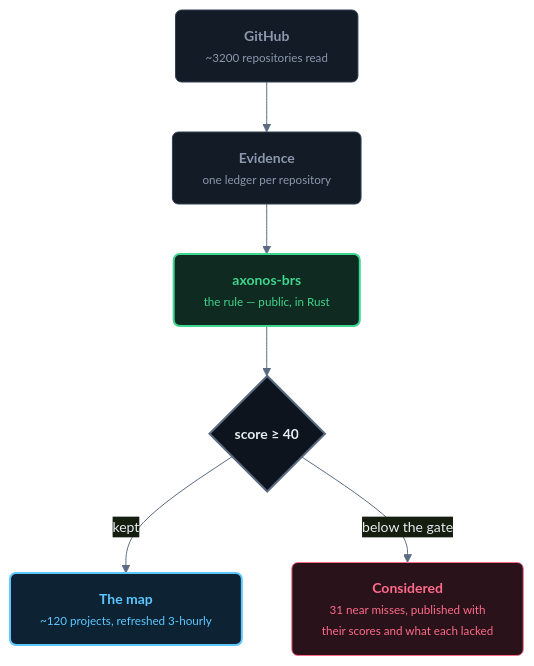
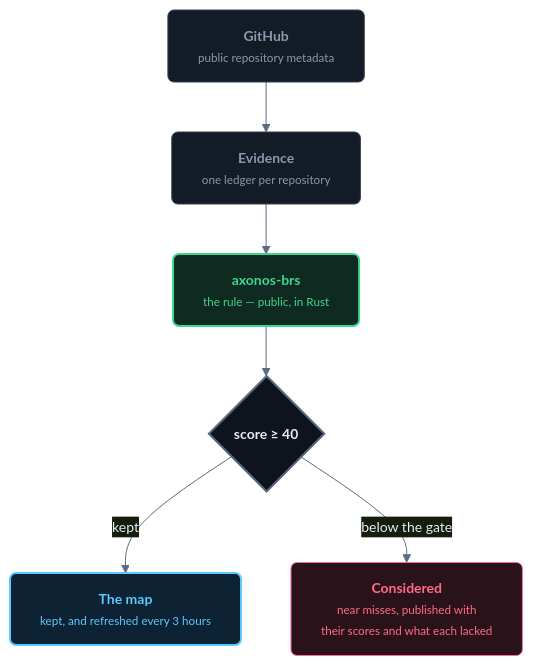
One commit to AxonOS-BCI/axonos-community-radar changed the diagram in README.md. Above: the diagram before and after it, drawn with Mermaid. The commit also changed other lines of this file and 13 other files, not shown here.

````diff
--- a/README.md
+++ b/README.md
@@ -16,25 +16,25 @@
 ```mermaid
 %%{init: {'theme':'base','themeVariables':{'primaryColor':'#0e141d','primaryTextColor':'#e6edf3','primaryBorderColor':'#334155','lineColor':'#5a6b82','fontSize':'14px','fontFamily':'ui-sans-serif,system-ui,sans-serif'}}}%%
 flowchart TB
-    S["<b>GitHub</b><br/><small>~3200 repositories read</small>"]
+    S["<b>GitHub</b><br/><small>public repository metadata</small>"]
     E["<b>Evidence</b><br/><small>one ledger per repository</small>"]
     R["<b>axonos-brs</b><br/><small>the rule &mdash; public, in Rust</small>"]
     G{"<b>score &ge; 40</b>"}
-    M["<b>The map</b><br/><small>~120 projects, refreshed 3-hourly</small>"]
-    C["<b>Considered</b><br/><small>31 near misses, published with<br/>their scores and what each lacked</small>"]
+    M["<b>The map</b><br/><small>kept, and refreshed every 3 hours</small>"]
+    C["<b>Considered</b><br/><small>near misses, published with<br/>their scores and what each lacked</small>"]
 
     S --> E --> R --> G
     G -->|kept| M
     G -->|below the gate| C
 
     classDef src  fill:#131b26,stroke:#334155,color:#8b98ad,rx:6,ry:6
     classDef rule fill:#0f2a20,stroke:#3fd68f,color:#3fd68f,stroke-width:2px,rx:6,ry:6
     classDef gate fill:#0e141d,stroke:#5a6b82,color:#e6edf3,stroke-width:2px
     classDef keep fill:#0d2233,stroke:#5cc8ff,color:#5cc8ff,stroke-width:2px,rx:6,ry:6
     classDef drop fill:#2a121a,stroke:#ff6b8a,color:#ff6b8a,rx:6,ry:6
     class S,E src
     class R rule
     class G gate
     class M keep
     class C drop
 ```
````
